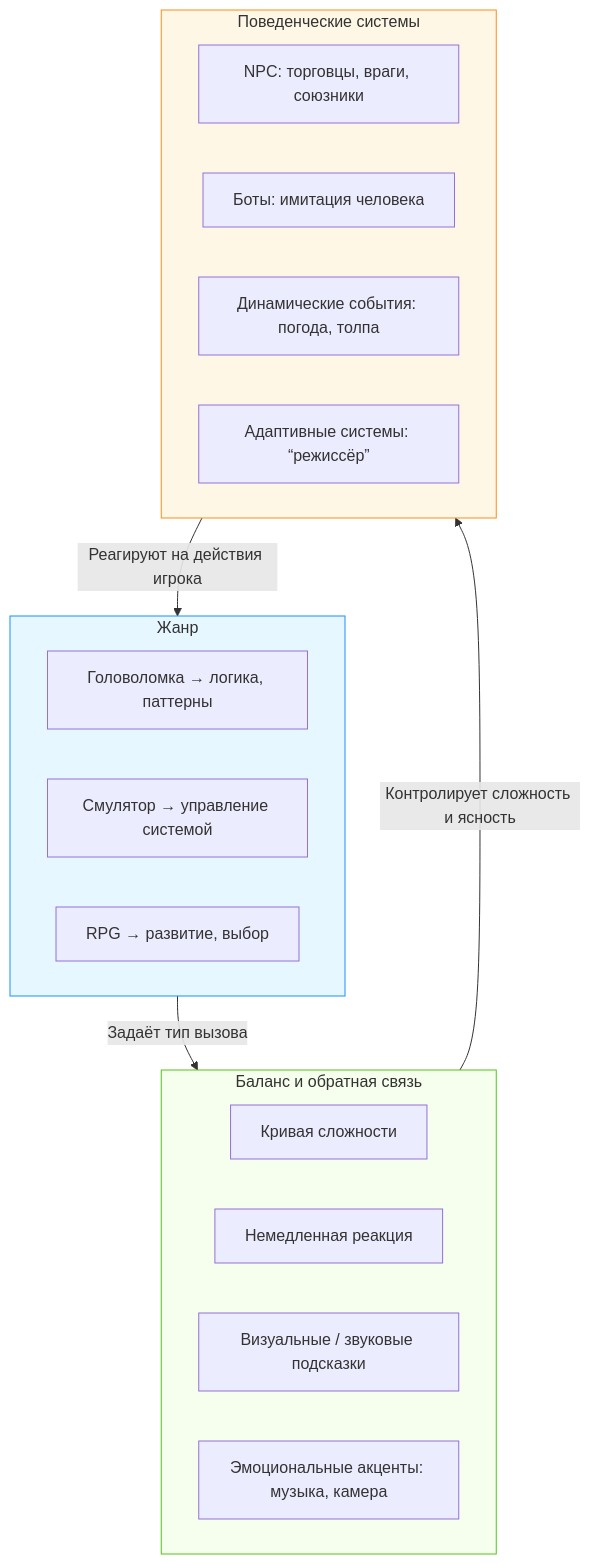
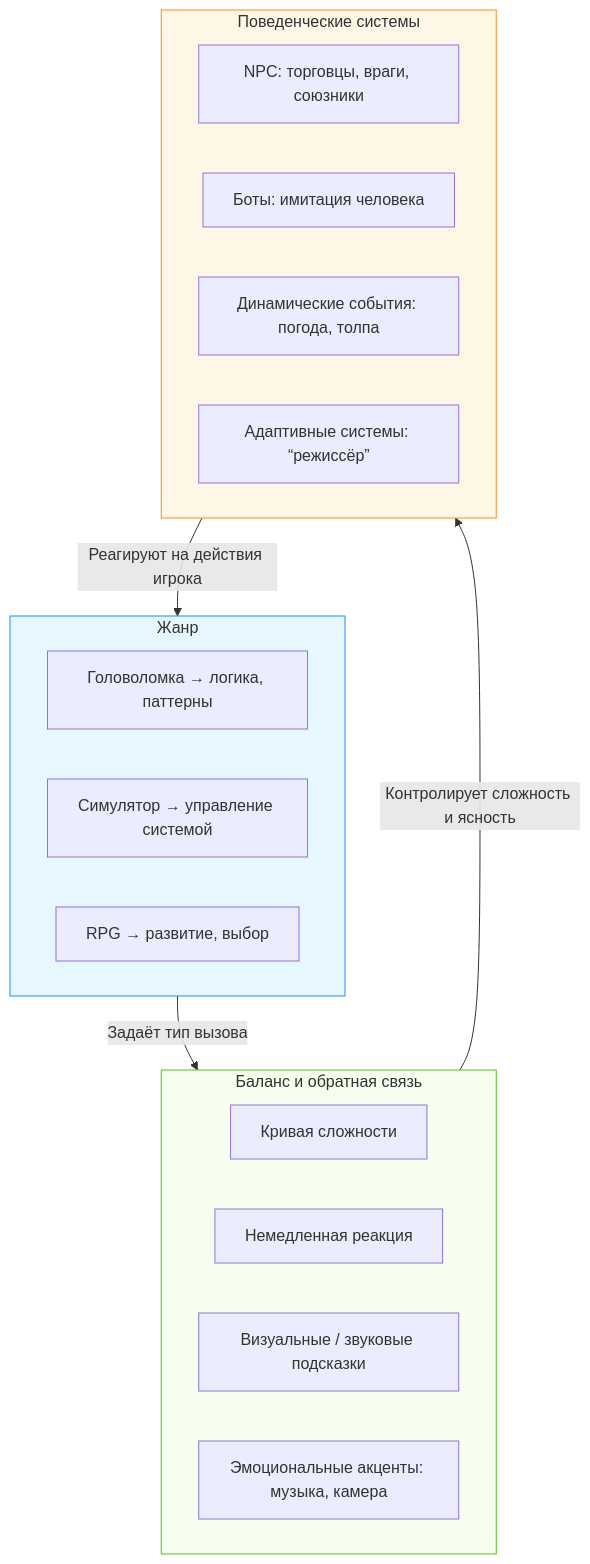
The second of 2 diagrams in docs/encyclopedia/9-spinoff/9-11-dlya-detey/2-video-games/11.md (Spirzen/it-knowledge-base), drawn with Mermaid before and after one commit. The commit also changed other lines of this file and 1180 other files, not shown here.

````diff
--- a/docs/encyclopedia/9-spinoff/9-11-dlya-detey/2-video-games/11.md
+++ b/docs/encyclopedia/9-spinoff/9-11-dlya-detey/2-video-games/11.md
@@ -185,33 +204,33 @@
 ```mermaid
 flowchart TD
     A[Жанр] -->|Задаёт тип вызова| B(Баланс и обратная связь)
     B -->|Контролирует сложность и ясность| C[Поведенческие системы]
     C -->|Реагируют на действия игрока| A
 
     subgraph A [Жанр]
         A1[Головоломка → логика, паттерны]
-        A2[Смулятор → управление системой]
+        A2[Симулятор → управление системой]
         A3[RPG → развитие, выбор]
     end
 
     subgraph B [Баланс и обратная связь]
         B1[Кривая сложности]
         B2[Немедленная реакция]
         B3[Визуальные / звуковые подсказки]
         B4[Эмоциональные акценты: музыка, камера]
     end
 
     subgraph C [Поведенческие системы]
         C1[NPC: торговцы, враги, союзники]
         C2[Боты: имитация человека]
         C3[Динамические события: погода, толпа]
         C4[Адаптивные системы: “режиссёр”]
     end
 
     style A fill:#e6f7ff,stroke:#1890ff
     style B fill:#f6ffed,stroke:#52c41a
     style C fill:#fff7e6,stroke:#fa8c16
 
     classDef layer fill:#fafafa,stroke:#999;
     class A,B,C layer;
 ```
````
